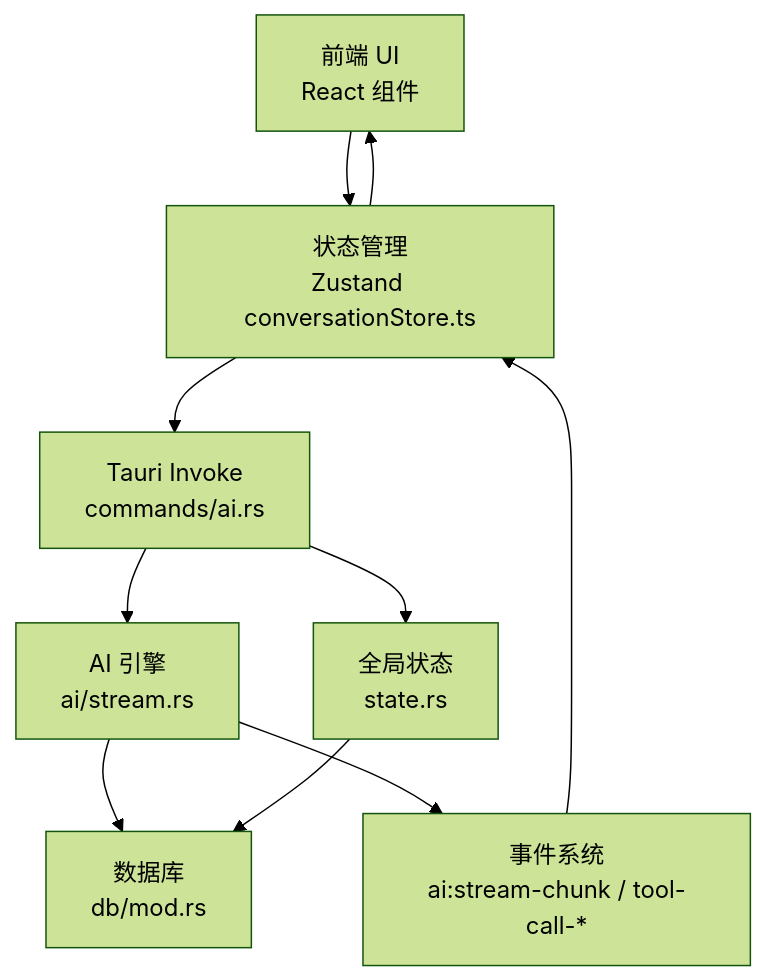
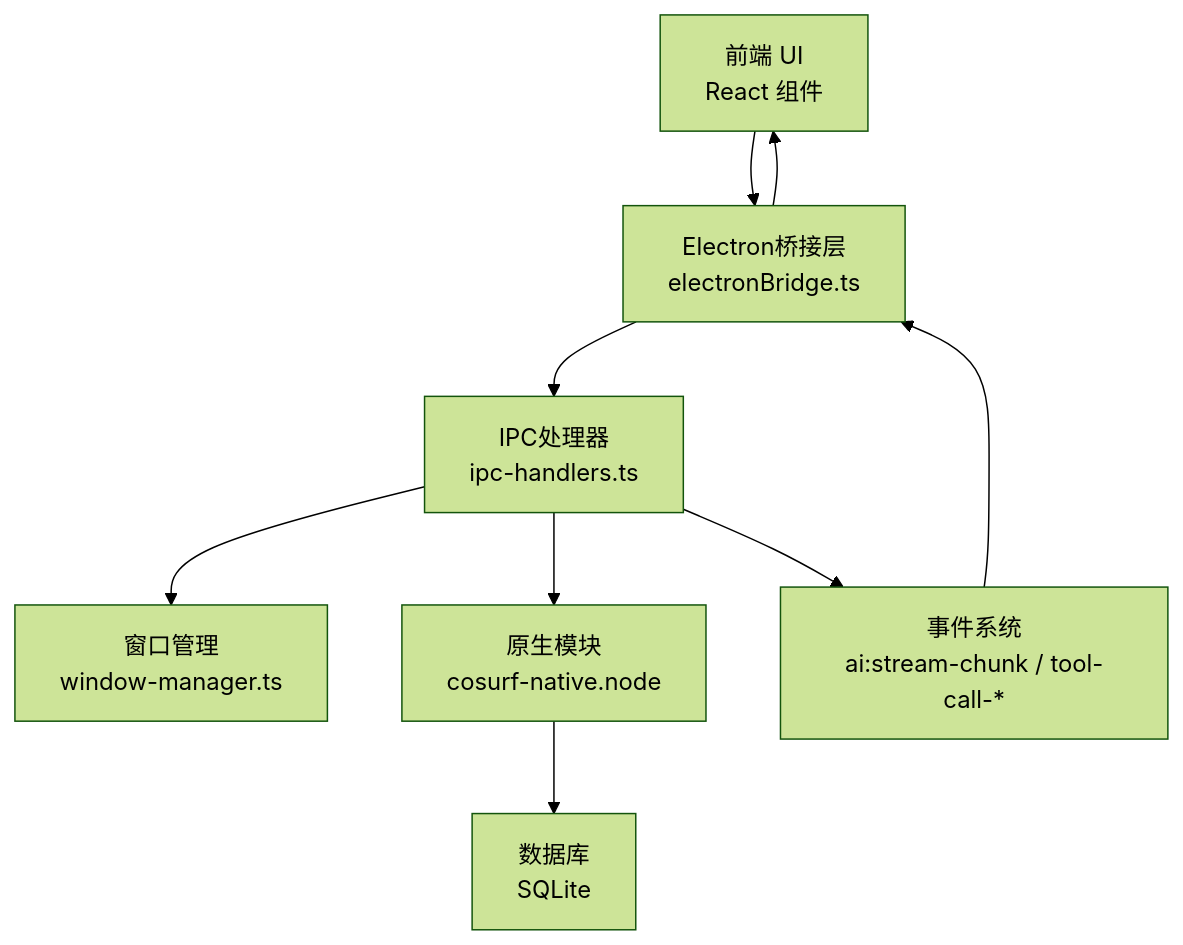
The second of 6 diagrams in .qoder/repowiki/zh/content/架构设计/架构设计.md (baike08/cosurf), drawn with Mermaid (forest theme) before and after one commit. The commit also changed other lines of this file and 15 other files, not shown here.

````diff
--- a/.qoder/repowiki/zh/content/架构设计/架构设计.md
+++ b/.qoder/repowiki/zh/content/架构设计/架构设计.md
@@ -124,12 +134,11 @@
 ```mermaid
 graph TB
-UI["前端 UI<br/>React 组件"] --> Store["状态管理<br/>Zustand conversationStore.ts"]
-Store --> TauriInvoke["Tauri Invoke<br/>commands/ai.rs"]
-TauriInvoke --> AIEngine["AI 引擎<br/>ai/stream.rs"]
-AIEngine --> DB["数据库<br/>db/mod.rs"]
-AIEngine --> Events["事件系统<br/>ai:stream-chunk / tool-call-*"]
-Events --> Store
-Store --> UI
-TauriInvoke --> State["全局状态<br/>state.rs"]
-State --> DB
+UI["前端 UI<br/>React 组件"] --> Bridge["Electron桥接层<br/>electronBridge.ts"]
+Bridge --> IPC["IPC处理器<br/>ipc-handlers.ts"]
+IPC --> WM["窗口管理<br/>window-manager.ts"]
+IPC --> Native["原生模块<br/>cosurf-native.node"]
+Native --> DB["数据库<br/>SQLite"]
+IPC --> Events["事件系统<br/>ai:stream-chunk / tool-call-*"]
+Events --> Bridge
+Bridge --> UI
 ```
````
